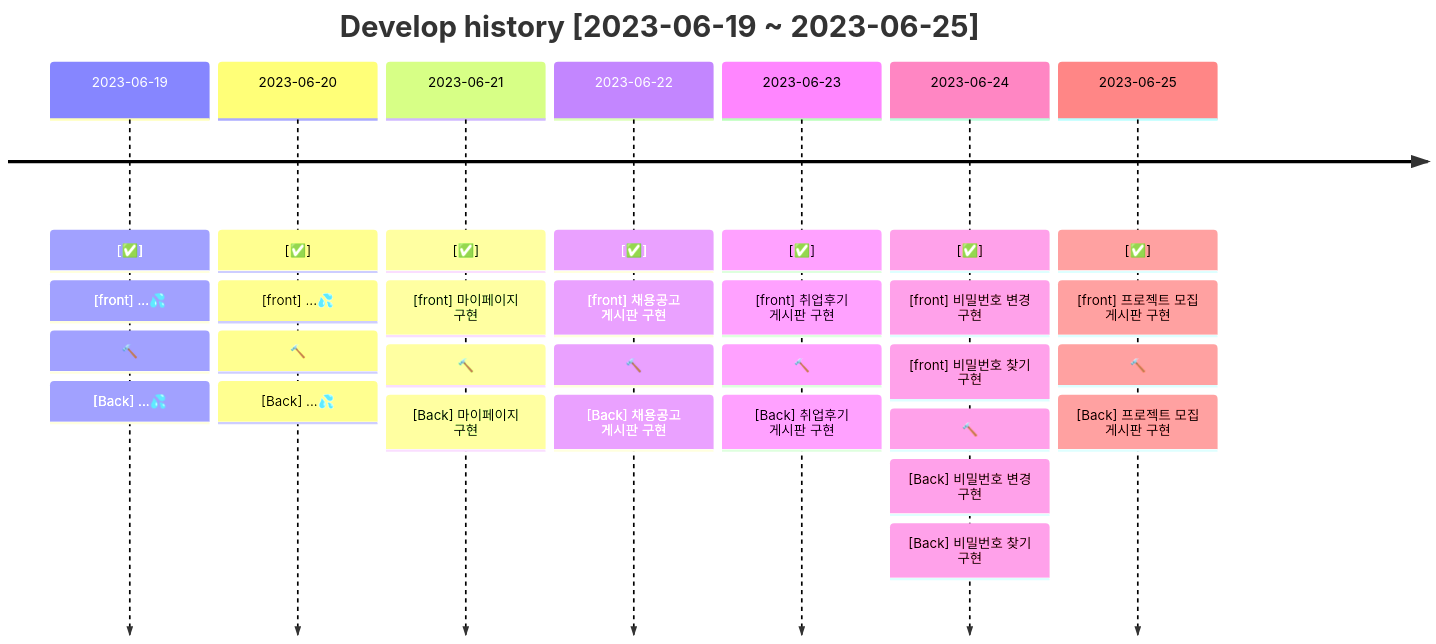
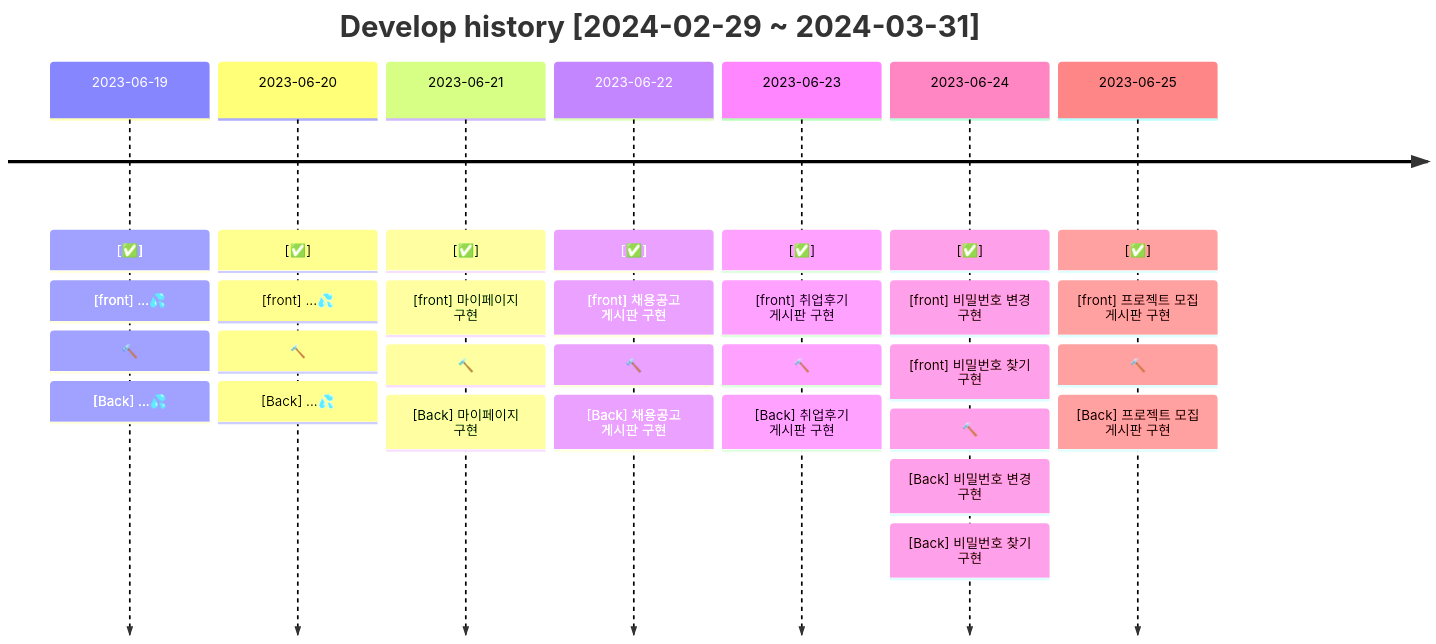
The fourth of 6 diagrams in README.md (zoosickcompany/WOWIN), drawn with Mermaid before and after one commit. The commit also changed other lines of this file and 1 other file, not shown here.

````diff
--- a/README.md
+++ b/README.md
@@ -259,34 +259,34 @@
 ```mermaid
 timeline
-    title Develop history [2023-06-19 ~ 2023-06-25]
+    title Develop history [2024-02-29 ~ 2024-03-31]
     2023-06-19: [✅]
             : [front] ...💦
             : 🔨
             : [Back] ...💦
     2023-06-20: [✅]
             : [front] ...💦
             : 🔨
             : [Back] ...💦
     2023-06-21: [✅]
             : [front] 마이페이지 구현
             : 🔨
             : [Back] 마이페이지 구현
     2023-06-22: [✅]
             : [front] 채용공고 게시판 구현
             : 🔨
             : [Back] 채용공고 게시판 구현
     2023-06-23: [✅]
             : [front] 취업후기 게시판 구현
             : 🔨
             : [Back] 취업후기 게시판 구현
     2023-06-24: [✅]
             : [front] 비밀번호 변경 구현
             : [front] 비밀번호 찾기 구현
             : 🔨
             : [Back] 비밀번호 변경 구현
             : [Back] 비밀번호 찾기 구현
     2023-06-25: [✅]
             : [front] 프로젝트 모집 게시판 구현
             : 🔨
             : [Back] 프로젝트 모집 게시판 구현
 ```
````
